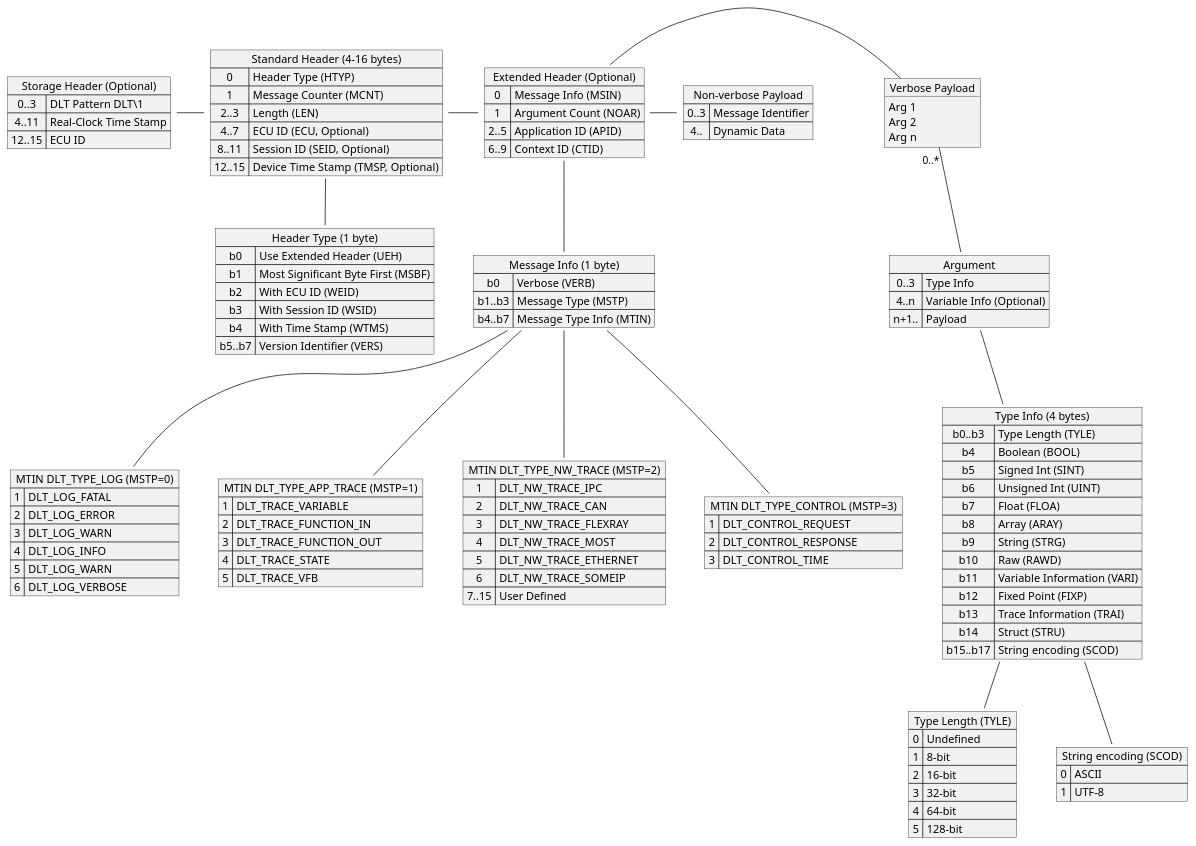
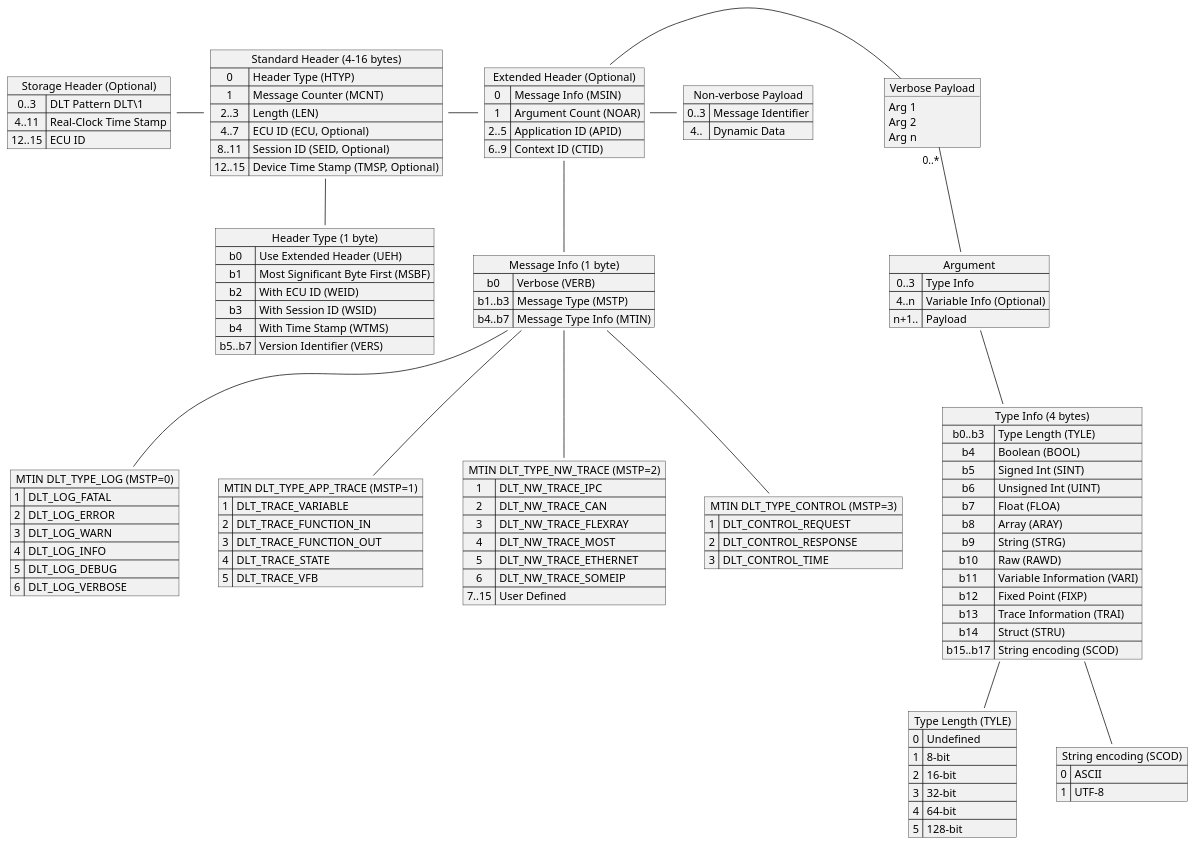
One commit to jcurl/RJCP.DLL.Log changed the diagram in TraceReader.Dlt/docs/diagrams/DLT.FormatCheatSheet.plantuml. Above: the diagram before and after it, drawn with PlantUML. The commit also changed 1 other file, not shown here.

Commit message:
DLT: Fix Format Cheat Sheet MTIN DLT_TYPE_LOG
Issue: DOTNET-574

```diff
--- a/TraceReader.Dlt/docs/diagrams/DLT.FormatCheatSheet.plantuml
+++ b/TraceReader.Dlt/docs/diagrams/DLT.FormatCheatSheet.plantuml
@@ -1,133 +1,133 @@
 @startuml DLT.FormatCheatSheet
 map "Storage Header (Optional)" as StorageHeader {
     0..3 => DLT Pattern DLT\1
     4..11 => Real-Clock Time Stamp
     12..15 => ECU ID
 }
 
 map "Standard Header (4-16 bytes)" as StandardHeader {
     0 => Header Type (HTYP)
     1 => Message Counter (MCNT)
     2..3 => Length (LEN)
     4..7 => ECU ID (ECU, Optional)
     8..11 => Session ID (SEID, Optional)
     12..15 => Device Time Stamp (TMSP, Optional)
 }
 
 map "Header Type (1 byte)" as HeaderType {
     b0 => Use Extended Header (UEH)
     b1 => Most Significant Byte First (MSBF)
     b2 => With ECU ID (WEID)
     b3 => With Session ID (WSID)
     b4 => With Time Stamp (WTMS)
     b5..b7 => Version Identifier (VERS)
 }
 
 map "Extended Header (Optional)" as ExtendedHeader {
     0 => Message Info (MSIN)
     1 => Argument Count (NOAR)
     2..5 => Application ID (APID)
     6..9 => Context ID (CTID)
 }
 
 map "Message Info (1 byte)" as MessageInfo {
     b0 => Verbose (VERB)
     b1..b3 => Message Type (MSTP)
     b4..b7 => Message Type Info (MTIN)
 }
 
 map "MTIN DLT_TYPE_LOG (MSTP=0)" as DLT_TYPE_LOG {
     1 => DLT_LOG_FATAL
     2 => DLT_LOG_ERROR
     3 => DLT_LOG_WARN
     4 => DLT_LOG_INFO
-    5 => DLT_LOG_WARN
+    5 => DLT_LOG_DEBUG
     6 => DLT_LOG_VERBOSE
 }
 
 map "MTIN DLT_TYPE_APP_TRACE (MSTP=1)" as DLT_TYPE_APP_TRACE {
     1 => DLT_TRACE_VARIABLE
     2 => DLT_TRACE_FUNCTION_IN
     3 => DLT_TRACE_FUNCTION_OUT
     4 => DLT_TRACE_STATE
     5 => DLT_TRACE_VFB
 }
 
 map "MTIN DLT_TYPE_NW_TRACE (MSTP=2)" as DLT_TYPE_NW_TRACE {
     1 =>  DLT_NW_TRACE_IPC
     2 =>  DLT_NW_TRACE_CAN
     3 =>  DLT_NW_TRACE_FLEXRAY
     4 =>  DLT_NW_TRACE_MOST
     5 =>  DLT_NW_TRACE_ETHERNET
     6 =>  DLT_NW_TRACE_SOMEIP
     7..15 => User Defined
 }
 
 map "MTIN DLT_TYPE_CONTROL (MSTP=3)" as DLT_TYPE_CONTROL {
     1 => DLT_CONTROL_REQUEST
     2 => DLT_CONTROL_RESPONSE
     3 => DLT_CONTROL_TIME
 }
 
 object "Verbose Payload" as Payload {
     Arg 1
     Arg 2
     Arg n
 }
 
 map "Non-verbose Payload" as NonVerbosePayload {
     0..3 => Message Identifier
     4.. => Dynamic Data
 }
 
 map Argument {
     0..3 => Type Info
     4..n => Variable Info (Optional)
     n+1.. => Payload
 }
 
 map "Type Info (4 bytes)" as TypeInfo {
    b0..b3 => Type Length (TYLE)
    b4 => Boolean (BOOL)
    b5 => Signed Int (SINT)
    b6 => Unsigned Int (UINT)
    b7 => Float (FLOA)
    b8 => Array (ARAY)
    b9 => String (STRG)
    b10 => Raw (RAWD)
    b11 => Variable Information (VARI)
    b12 => Fixed Point (FIXP)
    b13 => Trace Information (TRAI)
    b14 => Struct (STRU)
    b15..b17 => String encoding (SCOD)
 }
 
 map "Type Length (TYLE)" as TypeLength {
     0 => Undefined
     1 => 8-bit
     2 => 16-bit
     3 => 32-bit
     4 => 64-bit
     5 => 128-bit
 }
 
 map "String encoding (SCOD)" as StringCoding {
     0 => ASCII
     1 => UTF-8
 }
 
 StorageHeader - StandardHeader
 StandardHeader - ExtendedHeader
 StandardHeader -- HeaderType
 ExtendedHeader - Payload
 ExtendedHeader - NonVerbosePayload
 ExtendedHeader -- MessageInfo
 MessageInfo -- DLT_TYPE_LOG
 MessageInfo -- DLT_TYPE_APP_TRACE
 MessageInfo -- DLT_TYPE_NW_TRACE
 MessageInfo -- DLT_TYPE_CONTROL
 Payload "0..*" -- Argument
 Argument -- TypeInfo
 TypeInfo -- TypeLength
 TypeInfo -- StringCoding
 @enduml
```
